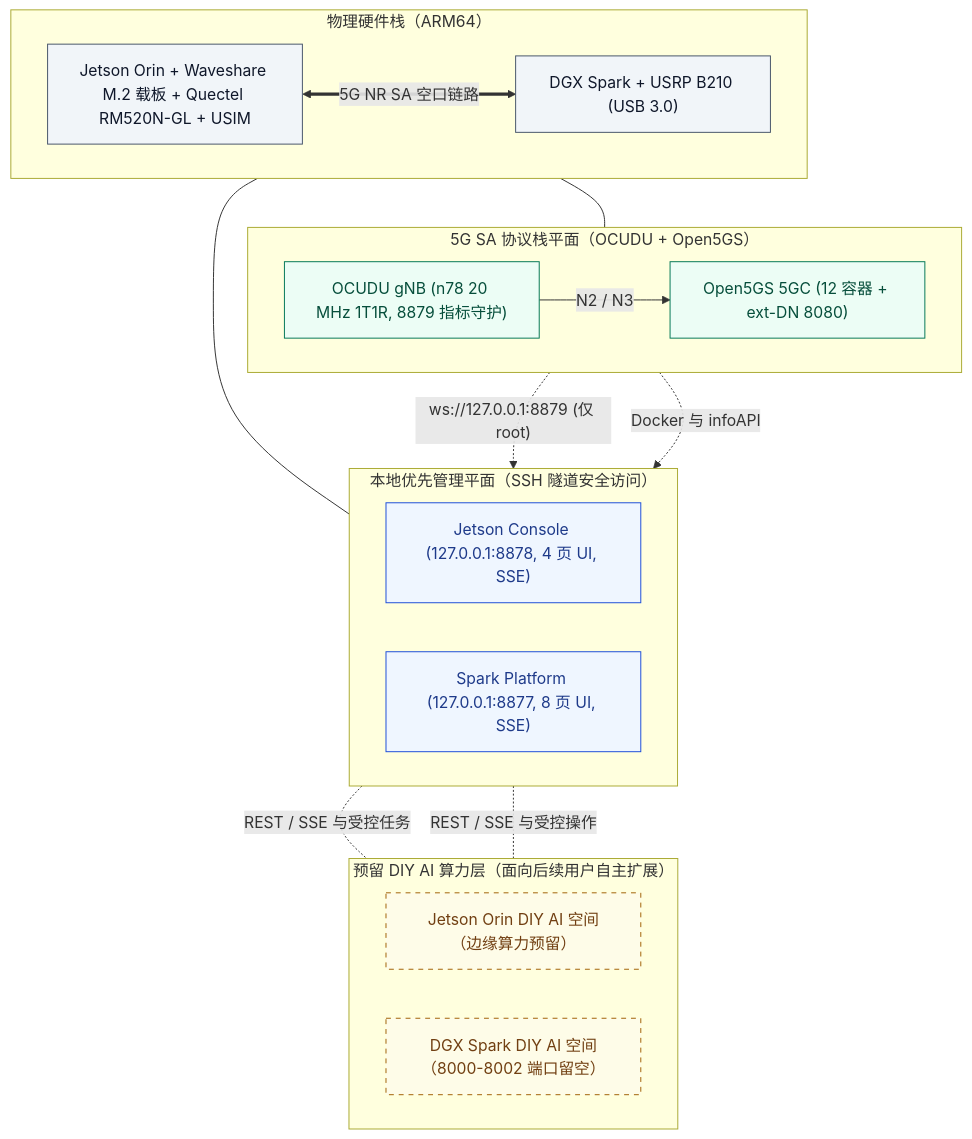
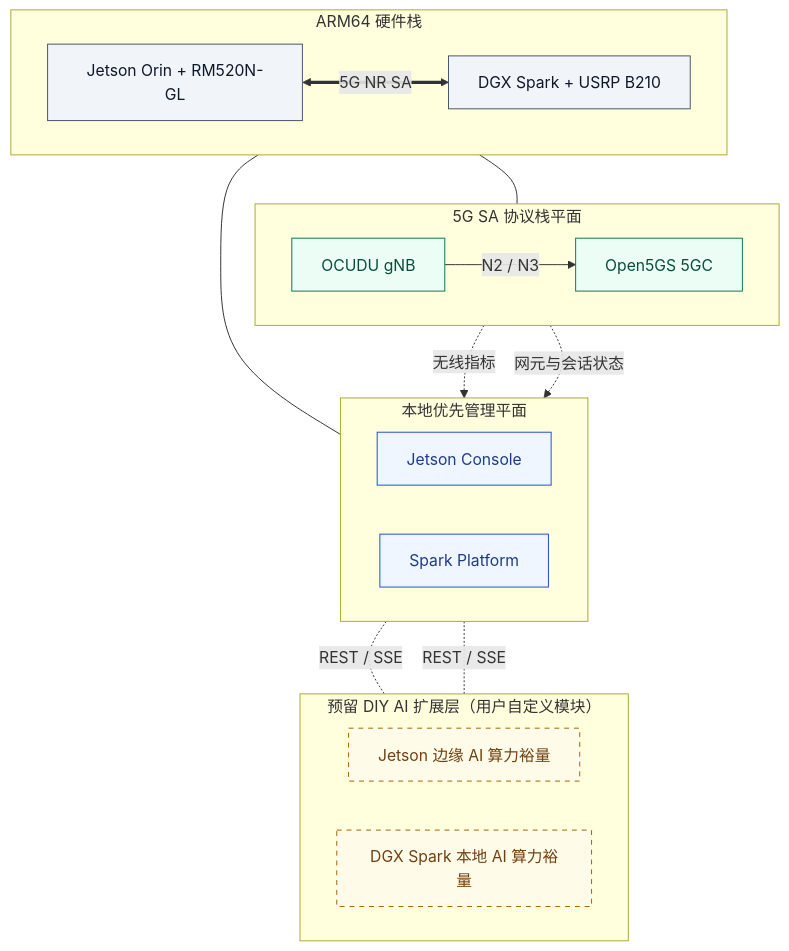
One commit to HKUOpenSource/OpenAirKit changed the diagram in README.zh-CN.md. Above: the diagram before and after it, drawn with Mermaid. The commit also changed other lines of this file and 48 other files, not shown here.

````diff
--- a/README.zh-CN.md
+++ b/README.zh-CN.md
@@ -33,40 +28,40 @@
 ```mermaid
 flowchart TB
   classDef hw fill:#f1f5f9,stroke:#475569,color:#0f172a
   classDef stack fill:#ecfdf5,stroke:#047857,color:#064e3b
   classDef mgmt fill:#eff6ff,stroke:#1d4ed8,color:#1e3a8a
   classDef ai fill:#fefce8,stroke:#a16207,stroke-dasharray:5 5,color:#713f12
 
-  subgraph AI["预留 DIY AI 算力层（面向后续用户自主扩展）"]
+  subgraph AI["预留 DIY AI 扩展层（用户自定义模块）"]
     direction LR
-    JAI["Jetson Orin DIY AI 空间（边缘算力预留）"]:::ai
-    SAI["DGX Spark DIY AI 空间（8000-8002 端口留空）"]:::ai
+    JAI["Jetson 边缘 AI 算力裕量"]:::ai
+    SAI["DGX Spark 本地 AI 算力裕量"]:::ai
   end
 
-  subgraph MGMT["本地优先管理平面（SSH 隧道安全访问）"]
+  subgraph MGMT["本地优先管理平面"]
     direction LR
-    JC["Jetson Console (127.0.0.1:8878, 4 页 UI, SSE)"]:::mgmt
-    SP["Spark Platform (127.0.0.1:8877, 8 页 UI, SSE)"]:::mgmt
+    JC["Jetson Console"]:::mgmt
+    SP["Spark Platform"]:::mgmt
   end
 
-  subgraph STACK["5G SA 协议栈平面（OCUDU + Open5GS）"]
+  subgraph STACK["5G SA 协议栈平面"]
     direction LR
-    RAN["OCUDU gNB (n78 20 MHz 1T1R, 8879 指标守护)"]:::stack
-    CORE["Open5GS 5GC (12 容器 + ext-DN 8080)"]:::stack
+    RAN["OCUDU gNB"]:::stack
+    CORE["Open5GS 5GC"]:::stack
     RAN -- "N2 / N3" --> CORE
   end
 
-  subgraph HW["物理硬件栈（ARM64）"]
+  subgraph HW["ARM64 硬件栈"]
     direction LR
-    UEHW["Jetson Orin + Waveshare M.2 载板 + Quectel RM520N-GL + USIM"]:::hw
-    BSHW["DGX Spark + USRP B210 (USB 3.0)"]:::hw
-    UEHW <== "5G NR SA 空口链路" ==> BSHW
+    UEHW["Jetson Orin + RM520N-GL"]:::hw
+    BSHW["DGX Spark + USRP B210"]:::hw
+    UEHW <== "5G NR SA" ==> BSHW
   end
 
   UEHW --- JC
   BSHW --- RAN
-  RAN -. "ws://127.0.0.1:8879 (仅 root)" .-> SP
-  CORE -. "Docker 与 infoAPI" .-> SP
-  JC -. "REST / SSE 与受控任务" .- JAI
-  SP -. "REST / SSE 与受控操作" .- SAI
+  RAN -. "无线指标" .-> SP
+  CORE -. "网元与会话状态" .-> SP
+  JC -. "REST / SSE" .- JAI
+  SP -. "REST / SSE" .- SAI
 ```
````
